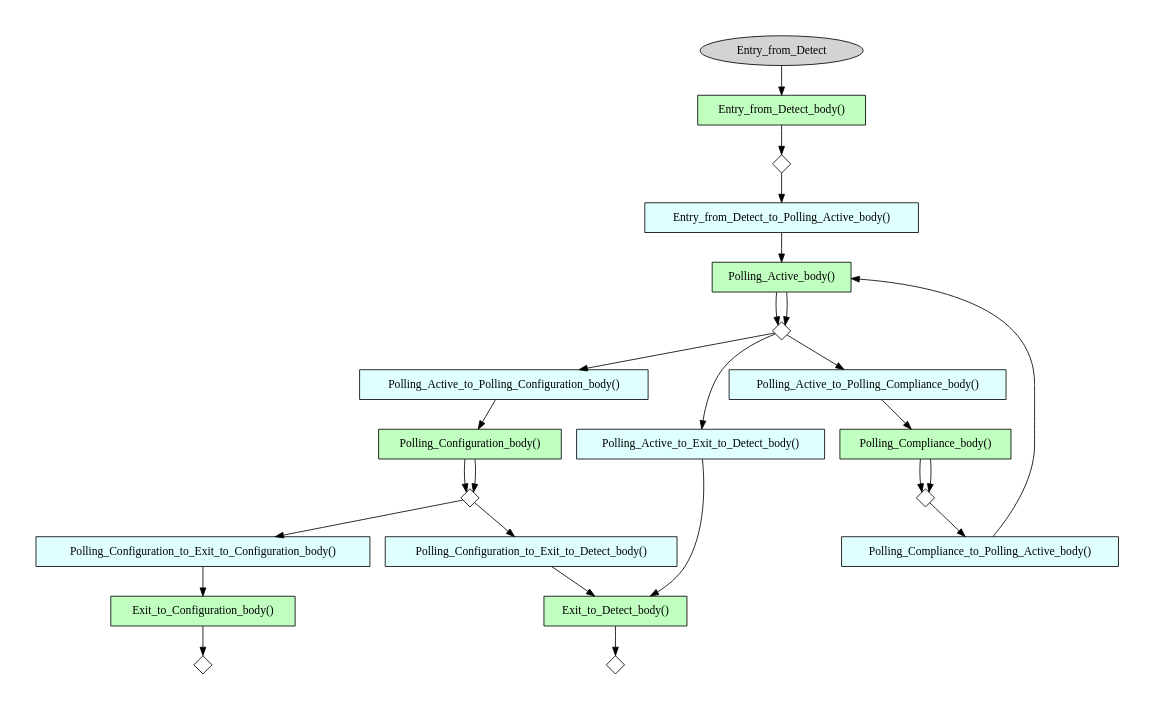
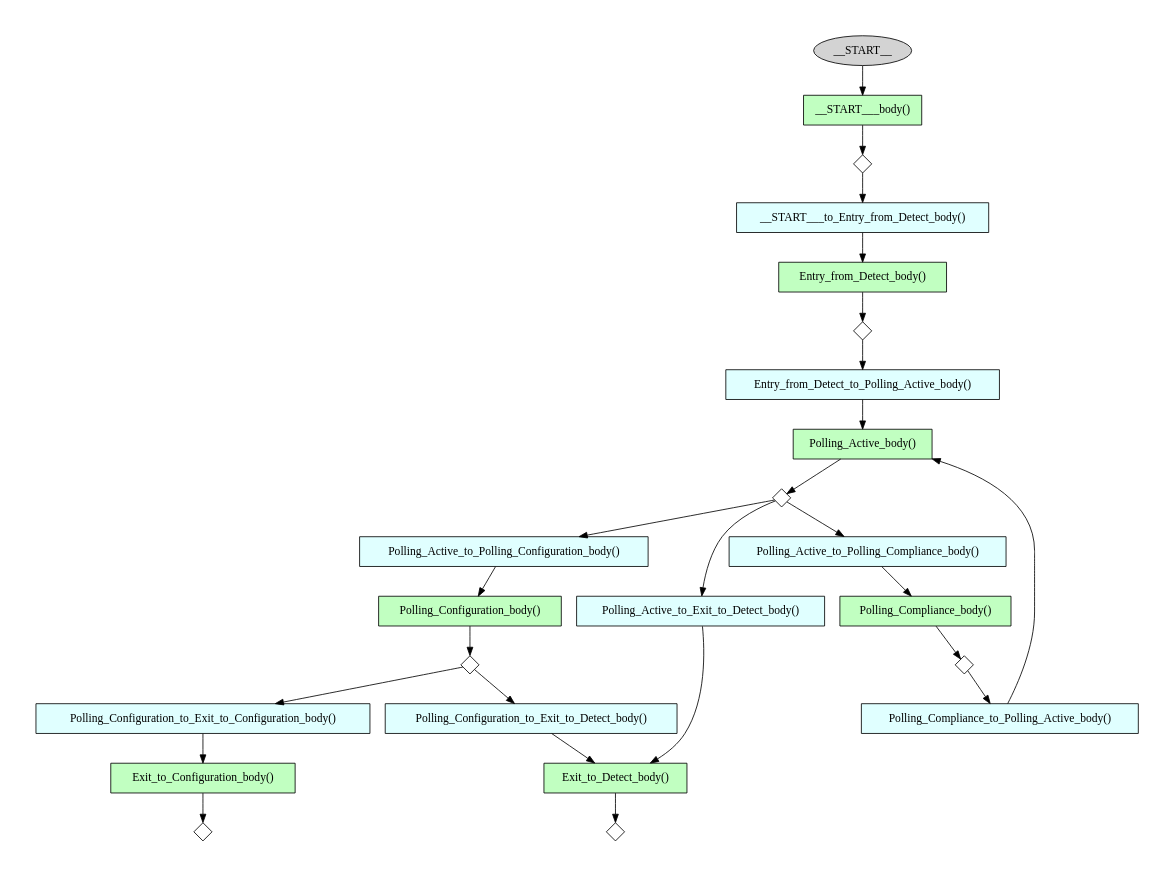
One commit to stepannotuser/ugrasp_mode changed the diagram in examples/pcie_link_training/pcie_link_polling_pkg/src/sv/pcie_link_polling_full_graphviz.dot. Above: the diagram before and after it, drawn with Graphviz. The commit also changed 39 other files, not shown here.

```diff
--- a/examples/pcie_link_training/pcie_link_polling_pkg/src/sv/pcie_link_polling_full_graphviz.dot
+++ b/examples/pcie_link_training/pcie_link_polling_pkg/src/sv/pcie_link_polling_full_graphviz.dot
@@ -1,57 +1,54 @@
 // SVGraph pcie_link_polling
 // File    pcie_link_polling_full_graphviz.dot
 
 
 digraph pcie_link_polling {
   pad="0.5"
-  Entry_from_Detect [label="Entry_from_Detect" fillcolor=lightgrey style=filled];
-  Entry_from_Detect -> Entry_from_Detect_body;
+  __START__ [label="__START__" fillcolor=lightgrey style=filled];
+  __START__ -> __START___body;
   Entry_from_Detect_body [label="Entry_from_Detect_body()" shape=box style=filled fillcolor=darkseagreen1];
   Entry_from_Detect_sel [label="" shape=diamond height="0.3" width="0.3"];
   Entry_from_Detect_body -> Entry_from_Detect_sel;
   Entry_from_Detect_to_Polling_Active_body [label="Entry_from_Detect_to_Polling_Active_body()" shape=box style=filled fillcolor=lightcyan];
   Entry_from_Detect_sel -> Entry_from_Detect_to_Polling_Active_body
   Entry_from_Detect_to_Polling_Active_body -> Polling_Active_body;
-  Polling_Active_body [label="Polling_Active_body()" shape=box style=filled fillcolor=darkseagreen1];
-  Polling_Active_sel [label="" shape=diamond height="0.3" width="0.3"];
-  Polling_Active_body -> Polling_Active_sel;
   Polling_Active_body [label="Polling_Active_body()" shape=box style=filled fillcolor=darkseagreen1];
   Polling_Active_sel [label="" shape=diamond height="0.3" width="0.3"];
   Polling_Active_body -> Polling_Active_sel;
   Polling_Active_to_Polling_Compliance_body [label="Polling_Active_to_Polling_Compliance_body()" shape=box style=filled fillcolor=lightcyan];
   Polling_Active_sel -> Polling_Active_to_Polling_Compliance_body
   Polling_Active_to_Polling_Compliance_body -> Polling_Compliance_body;
   Polling_Active_to_Polling_Configuration_body [label="Polling_Active_to_Polling_Configuration_body()" shape=box style=filled fillcolor=lightcyan];
   Polling_Active_sel -> Polling_Active_to_Polling_Configuration_body
   Polling_Active_to_Polling_Configuration_body -> Polling_Configuration_body;
   Polling_Active_to_Exit_to_Detect_body [label="Polling_Active_to_Exit_to_Detect_body()" shape=box style=filled fillcolor=lightcyan];
   Polling_Active_sel -> Polling_Active_to_Exit_to_Detect_body
   Polling_Active_to_Exit_to_Detect_body -> Exit_to_Detect_body;
   Polling_Compliance_body [label="Polling_Compliance_body()" shape=box style=filled fillcolor=darkseagreen1];
   Polling_Compliance_sel [label="" shape=diamond height="0.3" width="0.3"];
   Polling_Compliance_body -> Polling_Compliance_sel;
-  Polling_Compliance_body [label="Polling_Compliance_body()" shape=box style=filled fillcolor=darkseagreen1];
-  Polling_Compliance_sel [label="" shape=diamond height="0.3" width="0.3"];
-  Polling_Compliance_body -> Polling_Compliance_sel;
   Polling_Compliance_to_Polling_Active_body [label="Polling_Compliance_to_Polling_Active_body()" shape=box style=filled fillcolor=lightcyan];
   Polling_Compliance_sel -> Polling_Compliance_to_Polling_Active_body
   Polling_Compliance_to_Polling_Active_body -> Polling_Active_body;
-  Polling_Configuration_body [label="Polling_Configuration_body()" shape=box style=filled fillcolor=darkseagreen1];
-  Polling_Configuration_sel [label="" shape=diamond height="0.3" width="0.3"];
-  Polling_Configuration_body -> Polling_Configuration_sel;
-  Exit_to_Detect_body [label="Exit_to_Detect_body()" shape=box style=filled fillcolor=darkseagreen1];
-  Exit_to_Detect_sel [label="" shape=diamond height="0.3" width="0.3"];
-  Exit_to_Detect_body -> Exit_to_Detect_sel;
   Polling_Configuration_body [label="Polling_Configuration_body()" shape=box style=filled fillcolor=darkseagreen1];
   Polling_Configuration_sel [label="" shape=diamond height="0.3" width="0.3"];
   Polling_Configuration_body -> Polling_Configuration_sel;
   Polling_Configuration_to_Exit_to_Detect_body [label="Polling_Configuration_to_Exit_to_Detect_body()" shape=box style=filled fillcolor=lightcyan];
   Polling_Configuration_sel -> Polling_Configuration_to_Exit_to_Detect_body
   Polling_Configuration_to_Exit_to_Detect_body -> Exit_to_Detect_body;
   Polling_Configuration_to_Exit_to_Configuration_body [label="Polling_Configuration_to_Exit_to_Configuration_body()" shape=box style=filled fillcolor=lightcyan];
   Polling_Configuration_sel -> Polling_Configuration_to_Exit_to_Configuration_body
   Polling_Configuration_to_Exit_to_Configuration_body -> Exit_to_Configuration_body;
+  Exit_to_Detect_body [label="Exit_to_Detect_body()" shape=box style=filled fillcolor=darkseagreen1];
+  Exit_to_Detect_sel [label="" shape=diamond height="0.3" width="0.3"];
+  Exit_to_Detect_body -> Exit_to_Detect_sel;
   Exit_to_Configuration_body [label="Exit_to_Configuration_body()" shape=box style=filled fillcolor=darkseagreen1];
   Exit_to_Configuration_sel [label="" shape=diamond height="0.3" width="0.3"];
   Exit_to_Configuration_body -> Exit_to_Configuration_sel;
+  __START___body [label="__START___body()" shape=box style=filled fillcolor=darkseagreen1];
+  __START___sel [label="" shape=diamond height="0.3" width="0.3"];
+  __START___body -> __START___sel;
+  __START___to_Entry_from_Detect_body [label="__START___to_Entry_from_Detect_body()" shape=box style=filled fillcolor=lightcyan];
+  __START___sel -> __START___to_Entry_from_Detect_body
+  __START___to_Entry_from_Detect_body -> Entry_from_Detect_body;
 }
```
